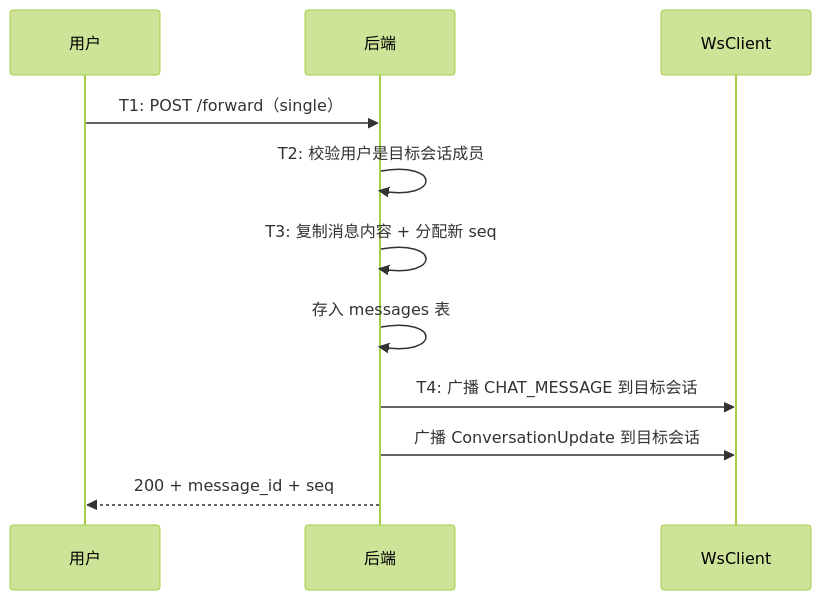
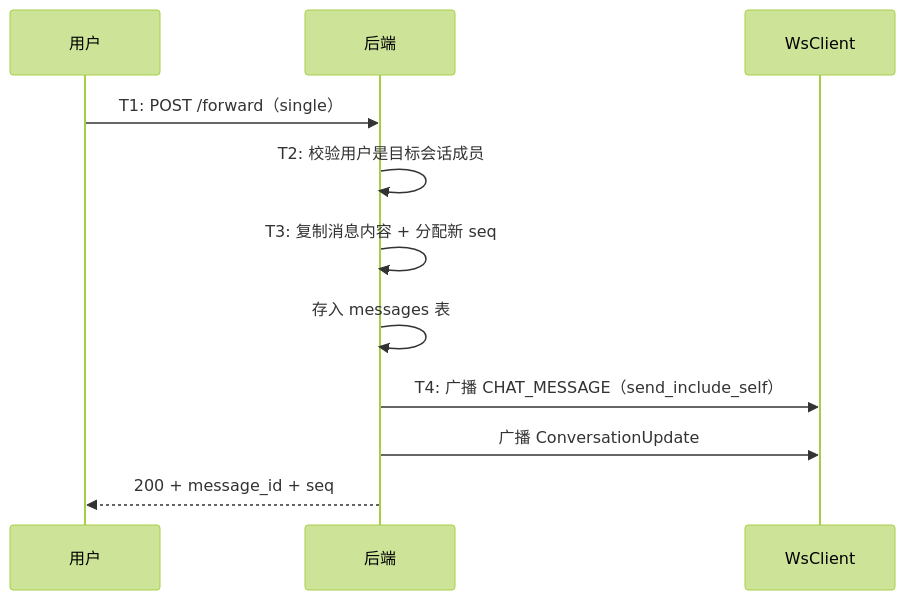
The diagram in docs/features/im/operation/v0.0.2/server/design.md (toly1994328/flash_im_by_ai), drawn with Mermaid (forest theme) before and after one commit. The commit also changed other lines of this file and 15 other files, not shown here.

````diff
--- a/docs/features/im/operation/v0.0.2/server/design.md
+++ b/docs/features/im/operation/v0.0.2/server/design.md
@@ -216,14 +88,14 @@
 ```mermaid
 sequenceDiagram
     participant U as 用户
     participant API as 后端
     participant WS as WsClient
 
     U->>API: T1: POST /forward（single）
     API->>API: T2: 校验用户是目标会话成员
     API->>API: T3: 复制消息内容 + 分配新 seq
     API->>API: 存入 messages 表
-    API->>WS: T4: 广播 CHAT_MESSAGE 到目标会话
-    API->>WS: 广播 ConversationUpdate 到目标会话
+    API->>WS: T4: 广播 CHAT_MESSAGE（send_include_self）
+    API->>WS: 广播 ConversationUpdate
     API-->>U: 200 + message_id + seq
 ```
````
